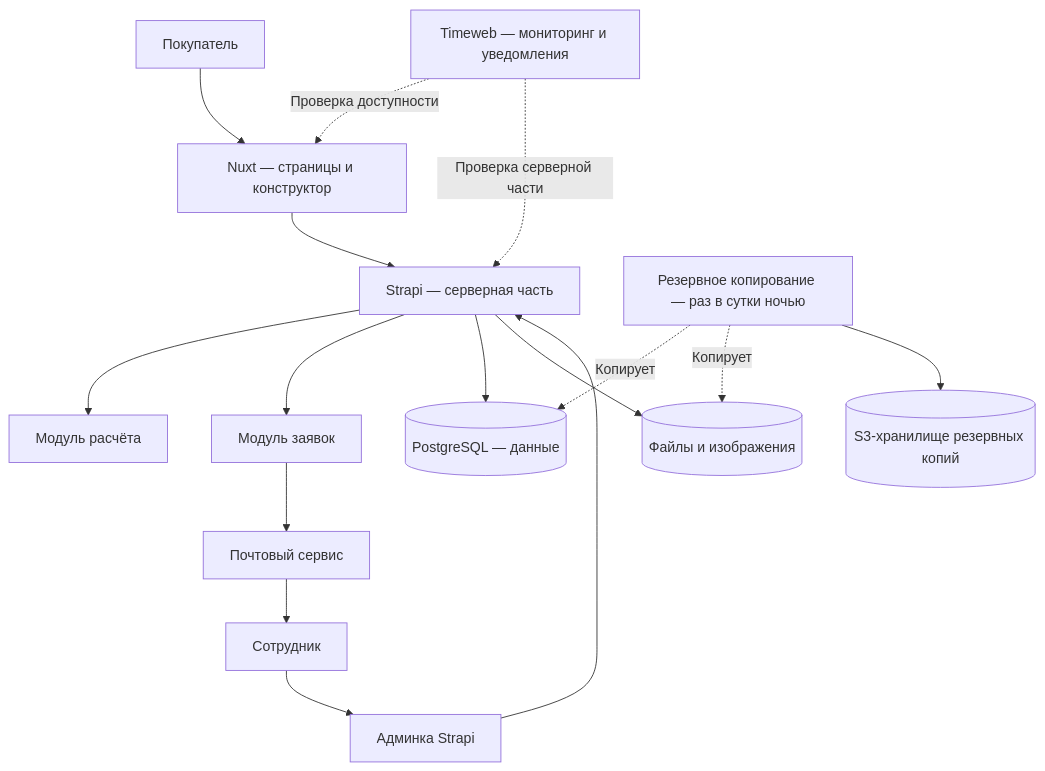
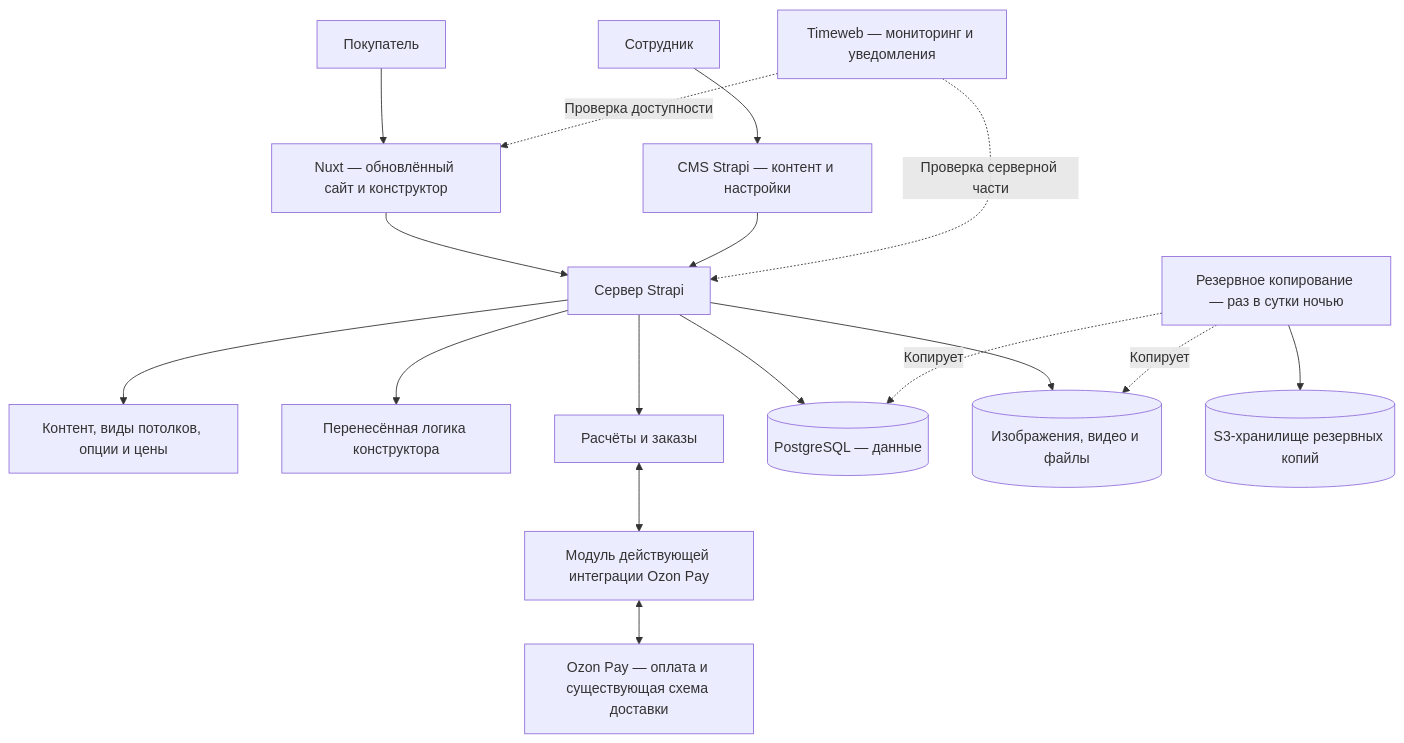
Before and after one commit to ValentinAlekhin/krazburg-spec: the diagram in docs/spec/architecture.md, drawn with Mermaid. The commit also changed other lines of this file and 22 other files, not shown here.

Commit message:
Refocus specification on CMS and redesign preserving Ozon Pay

````diff
--- a/docs/spec/architecture.md
+++ b/docs/spec/architecture.md
@@ -7,18 +7,19 @@
 ```mermaid
 flowchart TB
-  Buyer[Покупатель] --> Nuxt[Nuxt — страницы и конструктор]
-  Staff[Сотрудник] --> Admin[Админка Strapi]
-  Nuxt --> API[Strapi — серверная часть]
-  Admin --> API
-  API --> Calc[Модуль расчёта]
-  API --> Leads[Модуль заявок]
-  API --> DB[(PostgreSQL — данные)]
-  API --> Files[(Файлы и изображения)]
-  Leads --> Email[Почтовый сервис]
-  Email --> Staff
+  Buyer[Покупатель] --> Nuxt[Nuxt — обновлённый сайт и конструктор]
+  Staff[Сотрудник] --> Admin[CMS Strapi — контент и настройки]
+  Nuxt --> Backend[Сервер Strapi]
+  Admin --> Backend
+  Backend --> Content[Контент, виды потолков, опции и цены]
+  Backend --> Calc[Перенесённая логика конструктора]
+  Backend --> Orders[Расчёты и заказы]
+  Orders <--> Payment[Модуль действующей интеграции Ozon Pay]
+  Payment <--> Ozon[Ozon Pay — оплата и существующая схема доставки]
+  Backend --> DB[(PostgreSQL — данные)]
+  Backend --> Files[(Изображения, видео и файлы)]
   Monitor[Timeweb — мониторинг и уведомления] -. Проверка доступности .-> Nuxt
-  Monitor -. Проверка серверной части .-> API
+  Monitor -. Проверка серверной части .-> Backend
   Backup[Резервное копирование — раз в сутки ночью] -. Копирует .-> DB
   Backup -. Копирует .-> Files
   Backup --> Storage[(S3-хранилище резервных копий)]
 ```
````
